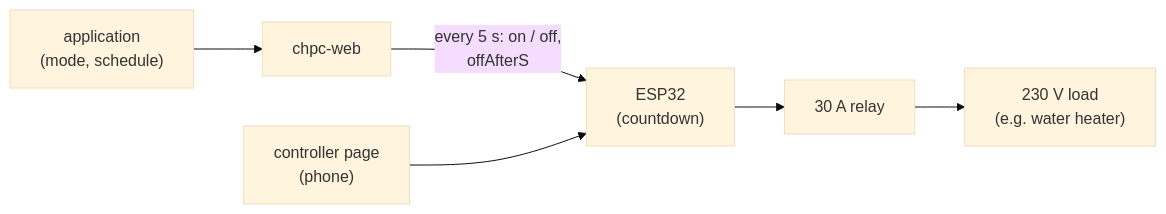
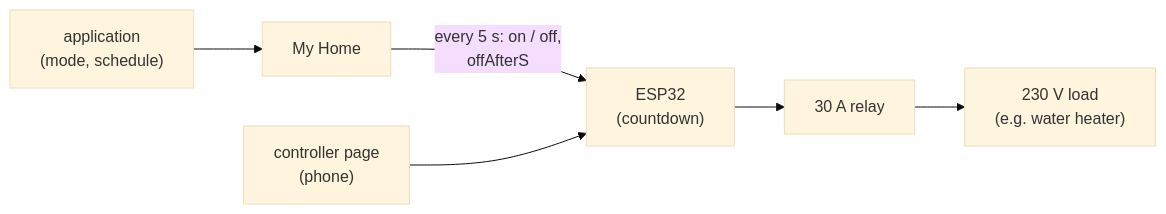
The diagram in devices/switch/docs/en/1-business-description.md (robertorlowski/chpc-web), drawn with Mermaid (base theme) before and after one commit. The commit also changed 37 other files, not shown here.

First line of the commit message:
Dokumentacja: nazwa systemu My Home zamiast chpc-web, README po angielsku

````diff
--- a/devices/switch/docs/en/1-business-description.md
+++ b/devices/switch/docs/en/1-business-description.md
@@ -20,7 +20,7 @@
 ```mermaid
 flowchart LR
-    APP["application<br/>(mode, schedule)"] --> SRV["chpc-web"]
+    APP["application<br/>(mode, schedule)"] --> SRV["My Home"]
     SRV -- "every 5 s: on / off,<br/>offAfterS" --> E["ESP32<br/>(countdown)"]
     E --> R["30 A relay"] --> L["230 V load<br/>(e.g. water heater)"]
     P["controller page<br/>(phone)"] --> E
 ```
````
